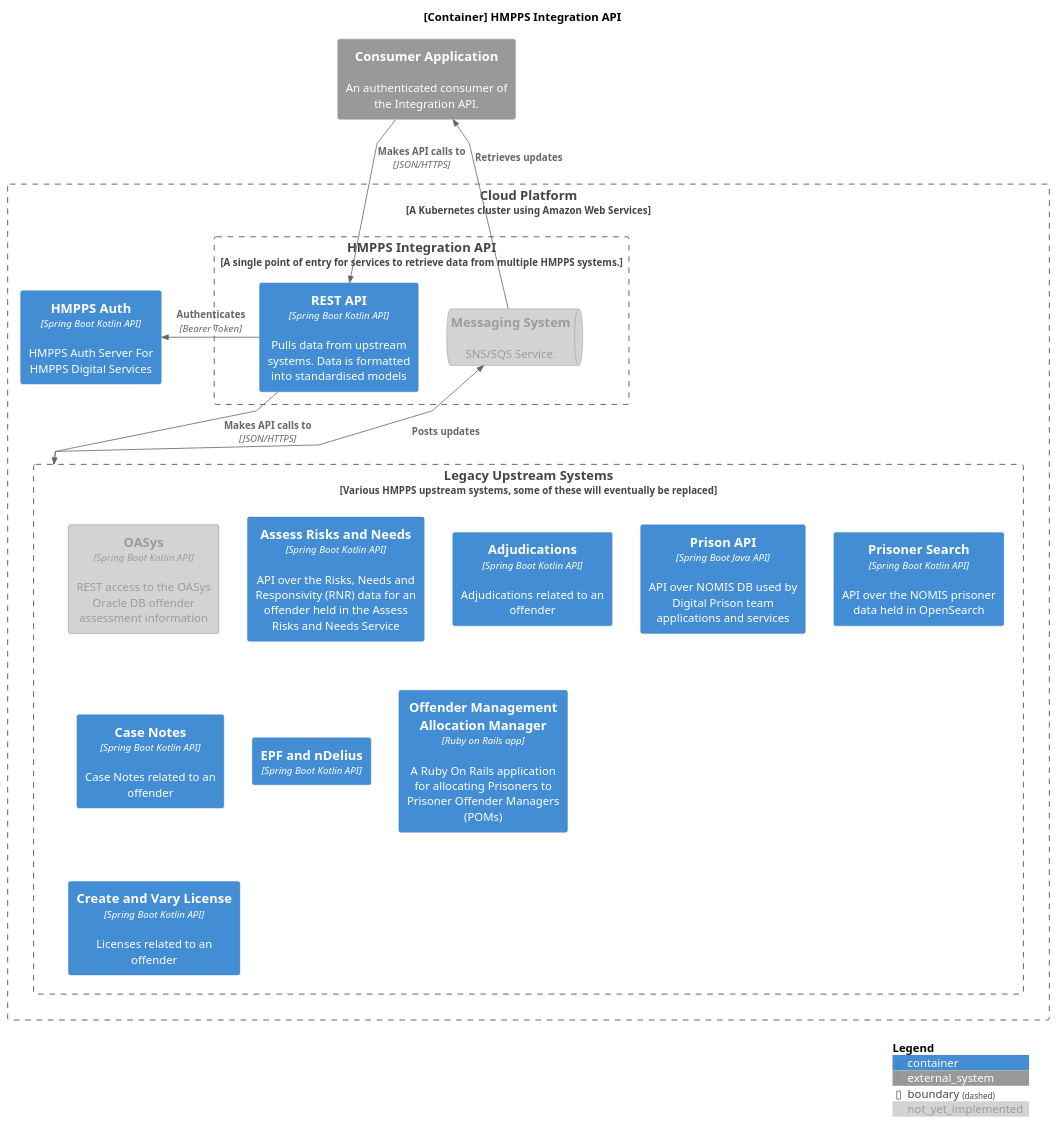
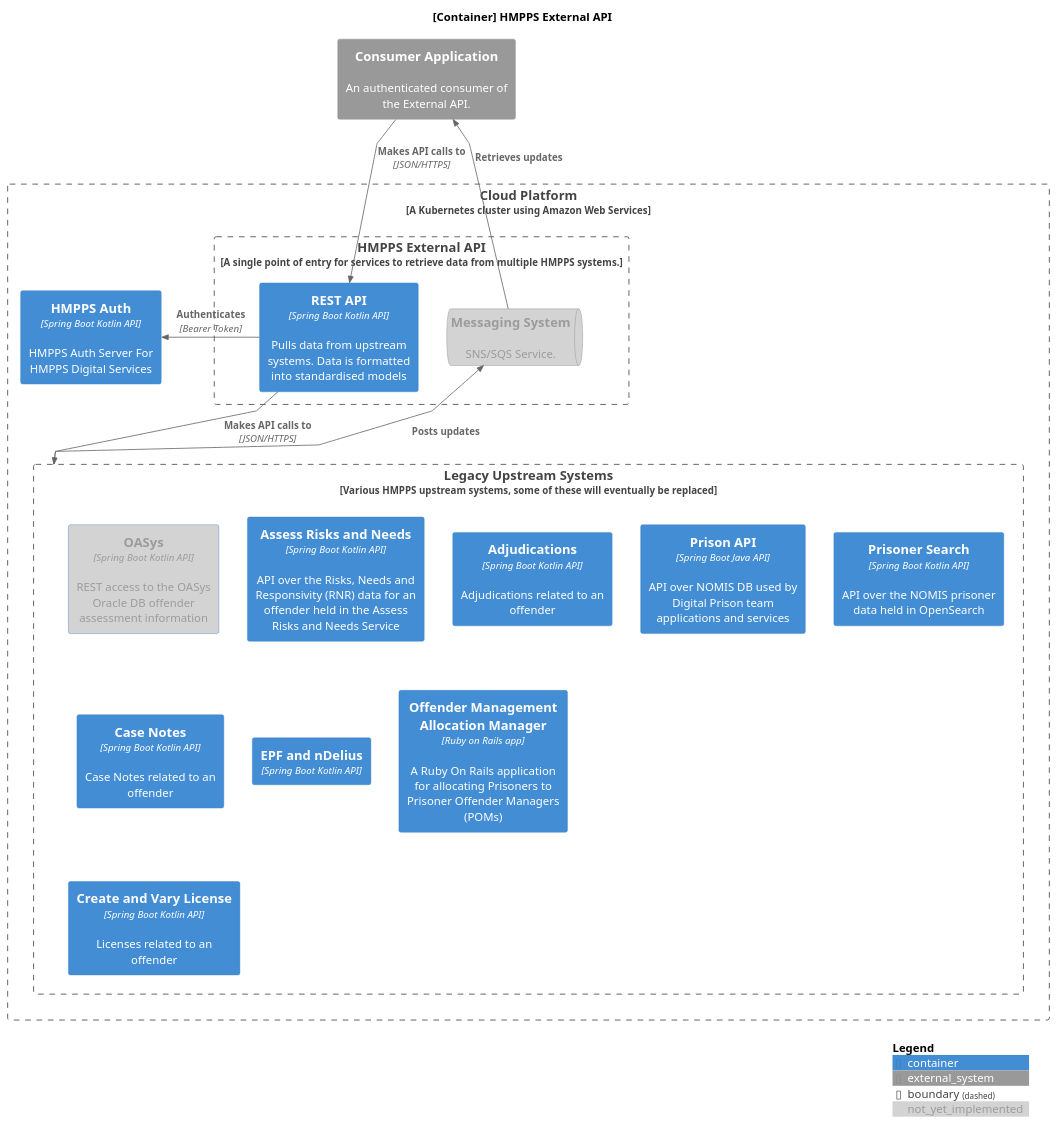
Before and after one commit to ministryofjustice/hmpps-integration-api: the diagram in docs/diagrams/container.puml, drawn with PlantUML. The commit also changed 19 other files, not shown here.

First line of the commit message:
Rename Integration API to External API in documentation (#1173)

```diff
--- a/docs/diagrams/container.puml
+++ b/docs/diagrams/container.puml
@@ -1,44 +1,44 @@
 @startuml container
 
 !include https://raw.githubusercontent.com/plantuml-stdlib/C4-PlantUML/master/C4_Container.puml
 
 skinparam linetype polyline
 
-title [Container] HMPPS Integration API
+title [Container] HMPPS External API
 
 AddElementTag("not_yet_implemented", $bgColor="#D3D3D3", $fontColor="#9C9C9C")
 
-System_Ext(consumer, "Consumer Application", "An authenticated consumer of the Integration API.")
+System_Ext(consumer, "Consumer Application", "An authenticated consumer of the External API.")
 
 Boundary(aws_cloudplatform, "Cloud Platform", "A Kubernetes cluster using Amazon Web Services", $link="https://user-guide.cloud-platform.service.justice.gov.uk/documentation/concepts/cp-tech-overview.html") {
-    Boundary(hmpps_integration_api, "HMPPS Integration API", "A single point of entry for services to retrieve data from multiple HMPPS systems."){
+    Boundary(hmpps_integration_api, "HMPPS External API", "A single point of entry for services to retrieve data from multiple HMPPS systems."){
         Container(spring_boot_api, "REST API", "Spring Boot Kotlin API", "Pulls data from upstream systems. Data is formatted into standardised models", $link="https://github.com/ministryofjustice/hmpps-integration-api")
         SystemQueue_Ext(messaging, "Messaging System", "SNS/SQS Service.",$tags="not_yet_implemented")
     }
 
     Container(hmpps_auth, "HMPPS Auth", "Spring Boot Kotlin API", "	UI and OAuth2 server integrating with NOMIS database, nDelius (via Community api) and an auth database for storing external users", $link="https://github.com/ministryofjustice/hmpps-auth")
 
     Boundary(upstream, "Legacy Upstream Systems", "Various HMPPS upstream systems, some of these will eventually be replaced"){
         Container(prison_api, "Prison API", "Spring Boot Java API", "API over NOMIS DB used by Digital Prison team applications and services", $link="https://github.com/ministryofjustice/prison-api")
         Container(prisoner_search, "Prisoner Search", "Spring Boot Kotlin API", "API over the NOMIS prisoner data held in OpenSearch", $link="https://github.com/ministryofjustice/hmpps-prisoner-search")
         Container(oasys, "OASys", "Spring Boot Kotlin API", "REST access to the OASys Oracle DB offender assessment information", $link="https://github.com/ministryofjustice/offender-assessments-api-kotlin", $tags="not_yet_implemented")
         Container(oasys_arn, "Assess Risks and Needs", "Spring Boot Kotlin API", "API over the Risks, Needs and Responsivity (RNR) data for an offender held in the Assess Risks and Needs Service", $link="https://github.com/ministryofjustice/hmpps-assess-risks-and-needs")
         Container(adjudications, "Adjudications", "Spring Boot Kotlin API", "Adjudications related to an offender", $link="https://github.com/ministryofjustice/hmpps-manage-adjudications-api")
         Container(case_notes, "Case Notes", "Spring Boot Kotlin API", "Case Notes related to an offender", $link="https://github.com/ministryofjustice/offender-case-notes")
         Container(effective_proposal_framework, "EPF and nDelius", "Spring Boot Kotlin API")
         Container(manage_POM_cases, "Offender Management Allocation Manager", "Ruby on Rails app", "A Ruby On Rails application for allocating Prisoners to Prisoner Offender Managers (POMs)", $link="https://github.com/ministryofjustice/offender-management-allocation-manager")
         Container(create_and_vary_license, "Create and Vary License", "Spring Boot Kotlin API", "Licenses related to an offender", $link="https://github.com/ministryofjustice/create-and-vary-a-licence-api")
         Container(hmpps_auth, "HMPPS Auth", "Spring Boot Kotlin API", "HMPPS Auth Server For HMPPS Digital Services", $link="https://github.com/ministryofjustice/hmpps-auth")
         Lay_L(prisoner_search, prison_api)
     }
 }
 
 Rel(consumer, spring_boot_api, "Makes API calls to", "JSON/HTTPS")
 Rel(messaging, consumer, "Retrieves updates")
 Rel_Up(upstream, messaging, "Posts updates")
 Rel_Right(spring_boot_api, hmpps_auth, "Authenticates", "Bearer Token")
 Rel_Down(spring_boot_api, upstream, "Makes API calls to", "JSON/HTTPS")
 
 SHOW_DYNAMIC_LEGEND()
 
 @enduml
```
